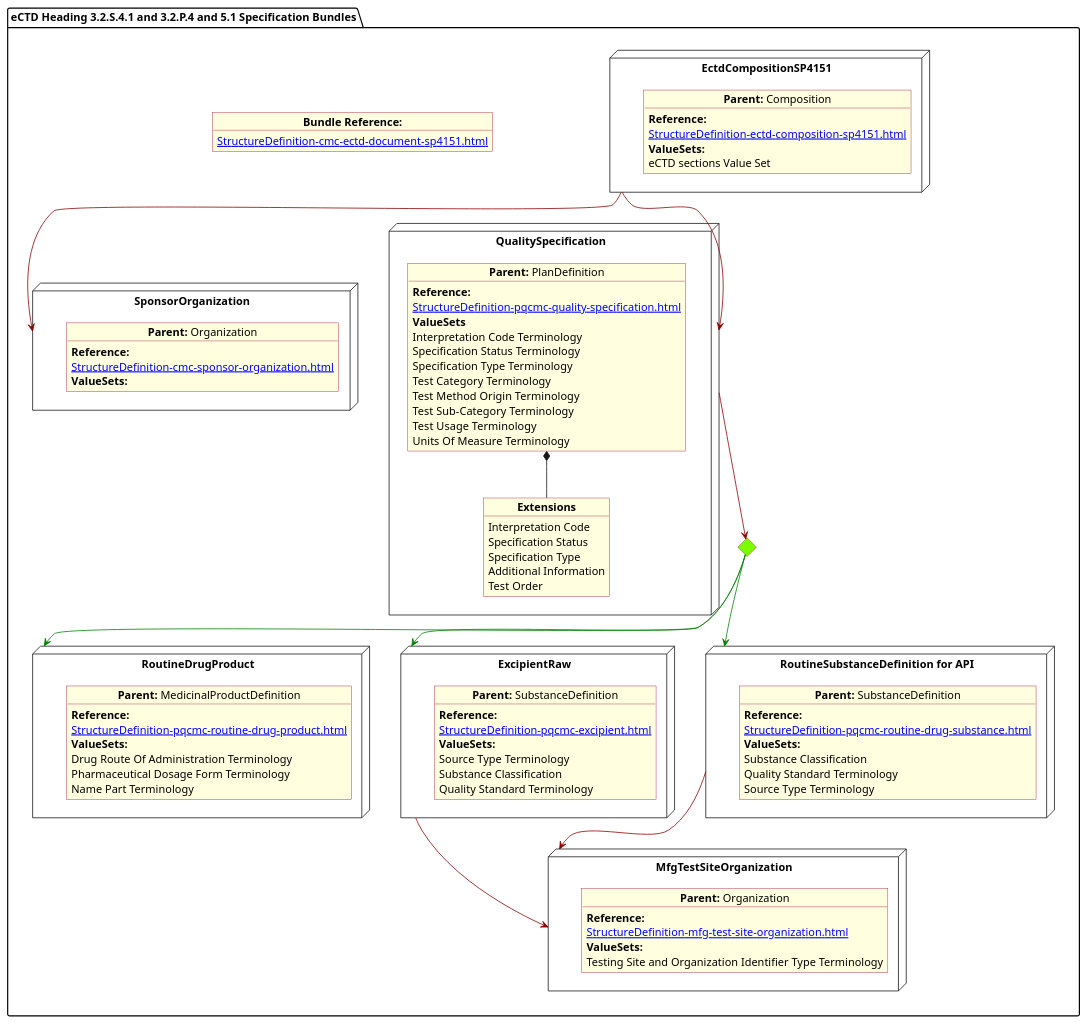
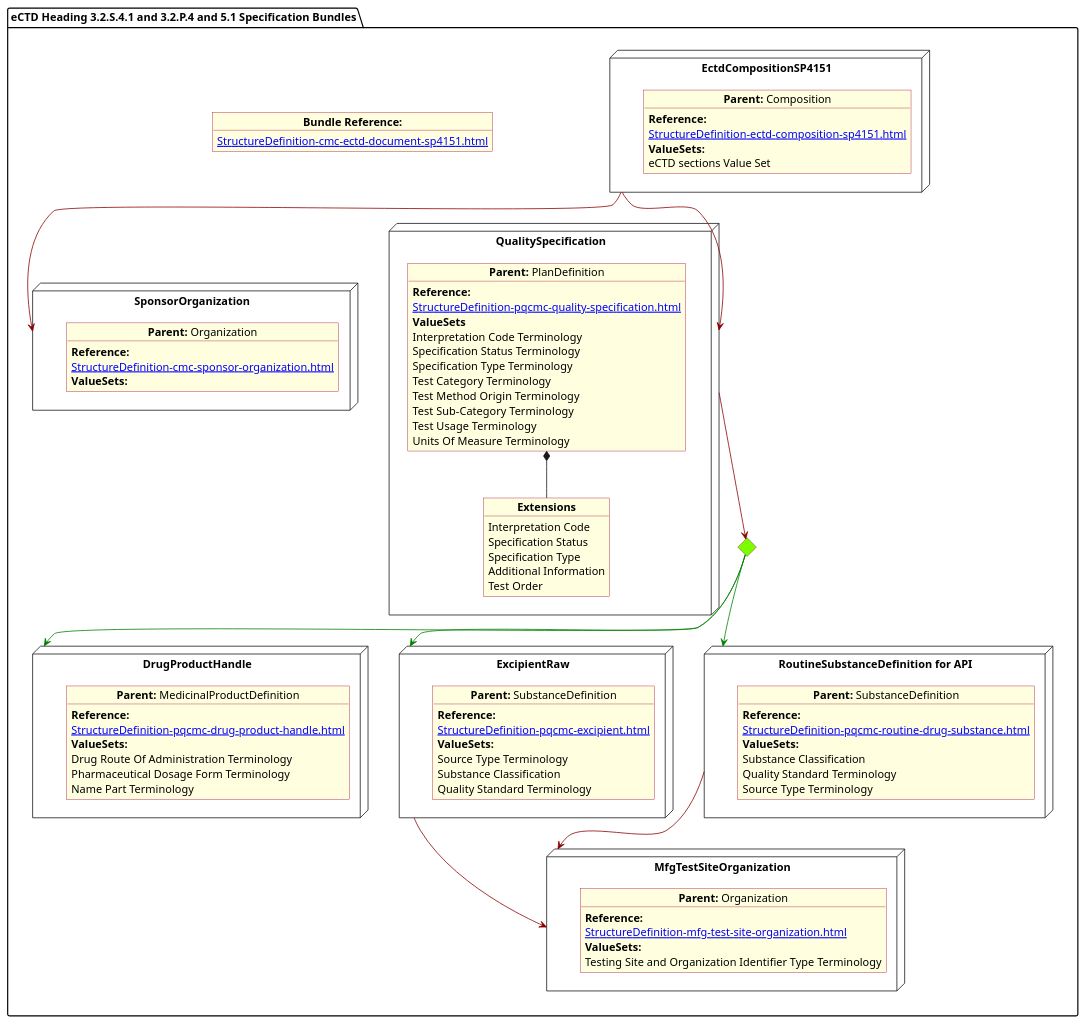
One commit to HL7/FHIR-us-pq-cmc-fda changed the diagram in input/images-source/Specification.plantuml. Above: the diagram before and after it, drawn with PlantUML. The commit also changed 6 other files, not shown here.

```diff
--- a/input/images-source/Specification.plantuml
+++ b/input/images-source/Specification.plantuml
@@ -1,114 +1,114 @@
 @startuml Specification
 allowmixing
 'Mixed model of use case and object
 skinparam svgDimensionStyle false
 skinparam ObjectBackgroundColor LightYellow
 skinparam ObjectBorderColor #A80036
 skinparam activityDiamondBorderColor #A80036
 skinparam activityDiamondBackgroundColor lawnGreen
 skinparam ClassBorderThickness 4
 
 package "eCTD Heading 3.2.S.4.1 and 3.2.P.4 and 5.1 Specification Bundles" as NODES {
   object "**Bundle Reference:**" as objbun {
     [[StructureDefinition-cmc-ectd-document-sp4151.html]]
   }
 
-  node "RoutineDrugProduct" as NN {
+  node "DrugProductHandle" as NN {
 
     object "**Parent:** MedicinalProductDefinition" as obj3 {
       **Reference:**
-      [[StructureDefinition-pqcmc-routine-drug-product.html]]
+      [[StructureDefinition-pqcmc-drug-product-handle.html]]
       **ValueSets:**
       Drug Route Of Administration Terminology
       Pharmaceutical Dosage Form Terminology
       Name Part Terminology
     }
   }
   node "ExcipientRaw" as N21 {
 
     object "**Parent:** SubstanceDefinition" as obj22 {
       **Reference:**
       [[StructureDefinition-pqcmc-excipient.html]]
       **ValueSets:**
       Source Type Terminology
       Substance Classification
       Quality Standard Terminology
     }
   }
   node "MfgTestSiteOrganization" as N21mfg {
 
     object "**Parent:** Organization" as objTS  {
       **Reference:**
       [[StructureDefinition-mfg-test-site-organization.html]]
       **ValueSets:**
       Testing Site and Organization Identifier Type Terminology
     }
   }
 
   node "EctdCompositionSP4151" as N1 {
 
     object "**Parent:** Composition" as obj1 {
       **Reference:**
       [[StructureDefinition-ectd-composition-sp4151.html]]
       **ValueSets:**
       eCTD sections Value Set
     }
   }
   node "SponsorOrganization" as NMSpon {
 
     object "**Parent:** Organization" as objDP {
       **Reference:**
       [[StructureDefinition-cmc-sponsor-organization.html]]
       **ValueSets:**
     }
   }
 
   node "RoutineSubstanceDefinition for API" as NNS {
 
     object "**Parent:** SubstanceDefinition" as obj4 {
       **Reference:**
       [[StructureDefinition-pqcmc-routine-drug-substance.html]]
       **ValueSets:**
       Substance Classification
       Quality Standard Terminology
       Source Type Terminology
     }
   }
 
   diamond CH
 
   node "QualitySpecification" as N2 {
 
     object "**Parent:** PlanDefinition" as obj2 {
       **Reference:**
       [[StructureDefinition-pqcmc-quality-specification.html]]
       **ValueSets**
       Interpretation Code Terminology
       Specification Status Terminology
       Specification Type Terminology
       Test Category Terminology
       Test Method Origin Terminology
       Test Sub-Category Terminology
       Test Usage Terminology
       Units Of Measure Terminology
     }
     object "**Extensions**" as objQSEx {
       Interpretation Code
       Specification Status
       Specification Type
       Additional Information
       Test Order
     }
     obj2 *-- objQSEx
   }
 
   N1 -[#darkred]-> NMSpon
   N1 -[#darkred]-> N2
   N2 -[#darkred]-> CH
   CH -[#green]-> N21
   CH -[#green]-> NNS
   CH -[#green]-> NN
   NNS -[#darkred]-> N21mfg
   N21 -[#darkred]-> N21mfg
 }
 @enduml
```
